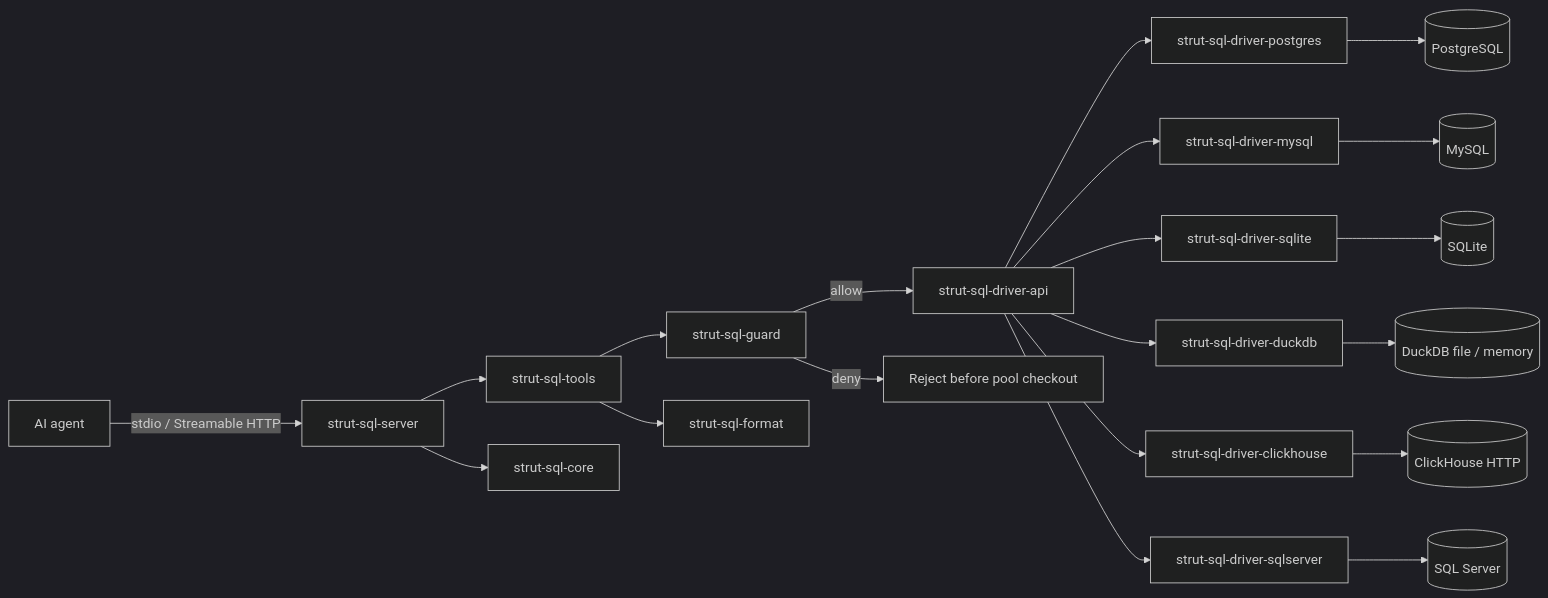
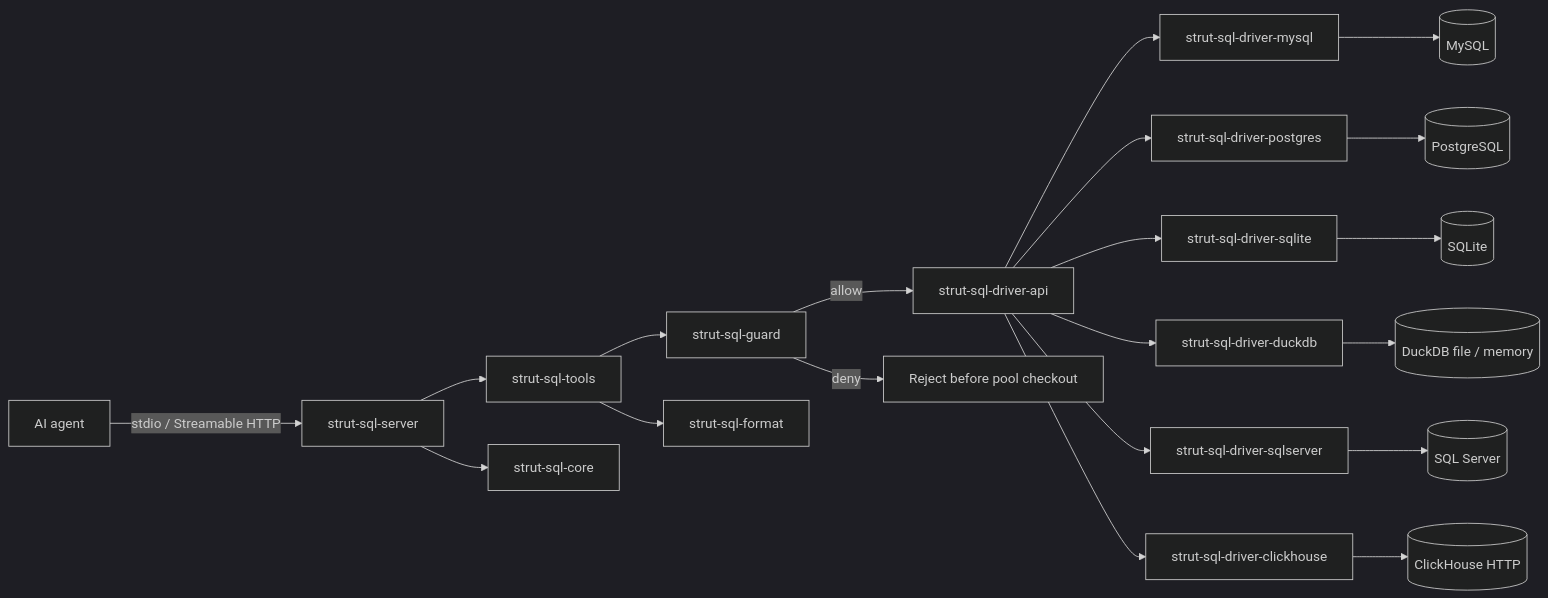
Before and after one commit to rzlco666/strut-stack-sql: the diagram in README.md, drawn with Mermaid (dark theme). The commit also changed other lines of this file and 1 other file, not shown here.

````diff
--- a/README.md
+++ b/README.md
@@ -483,22 +483,22 @@
 ```mermaid
 flowchart LR
   Agent[AI agent] -->|stdio / Streamable HTTP| Server[strut-sql-server]
   Server --> Tools[strut-sql-tools]
   Tools --> Guard[strut-sql-guard]
   Guard -->|allow| DriverAPI[strut-sql-driver-api]
   Guard -->|deny| NoDB[Reject before pool checkout]
+  DriverAPI --> MY[strut-sql-driver-mysql]
   DriverAPI --> PG[strut-sql-driver-postgres]
-  DriverAPI --> MY[strut-sql-driver-mysql]
   DriverAPI --> SQ[strut-sql-driver-sqlite]
   DriverAPI --> DK[strut-sql-driver-duckdb]
+  DriverAPI --> MS[strut-sql-driver-sqlserver]
   DriverAPI --> CH[strut-sql-driver-clickhouse]
-  DriverAPI --> MS[strut-sql-driver-sqlserver]
-  PG --> DB[(PostgreSQL)]
-  MY --> DB2[(MySQL)]
+  MY --> DB[(MySQL)]
+  PG --> DB2[(PostgreSQL)]
   SQ --> DB3[(SQLite)]
   DK --> DB4[(DuckDB file / memory)]
-  CH --> DB5[(ClickHouse HTTP)]
-  MS --> DB6[(SQL Server)]
+  MS --> DB5[(SQL Server)]
+  CH --> DB6[(ClickHouse HTTP)]
   Tools --> Format[strut-sql-format]
   Server --> Core[strut-sql-core]
 ```
````
